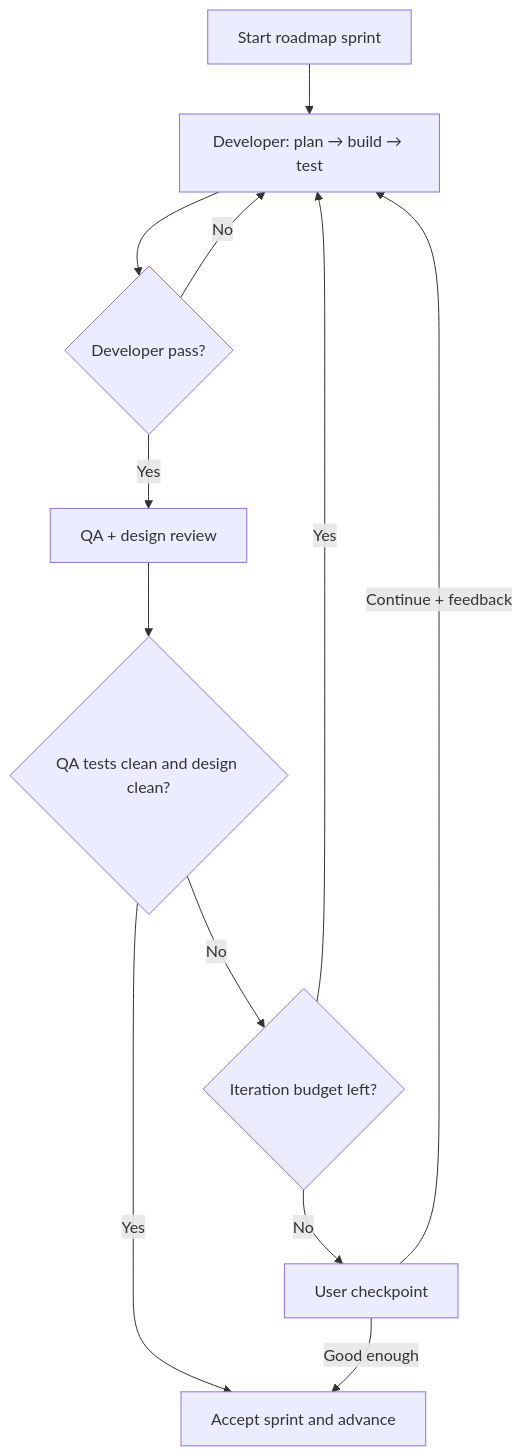
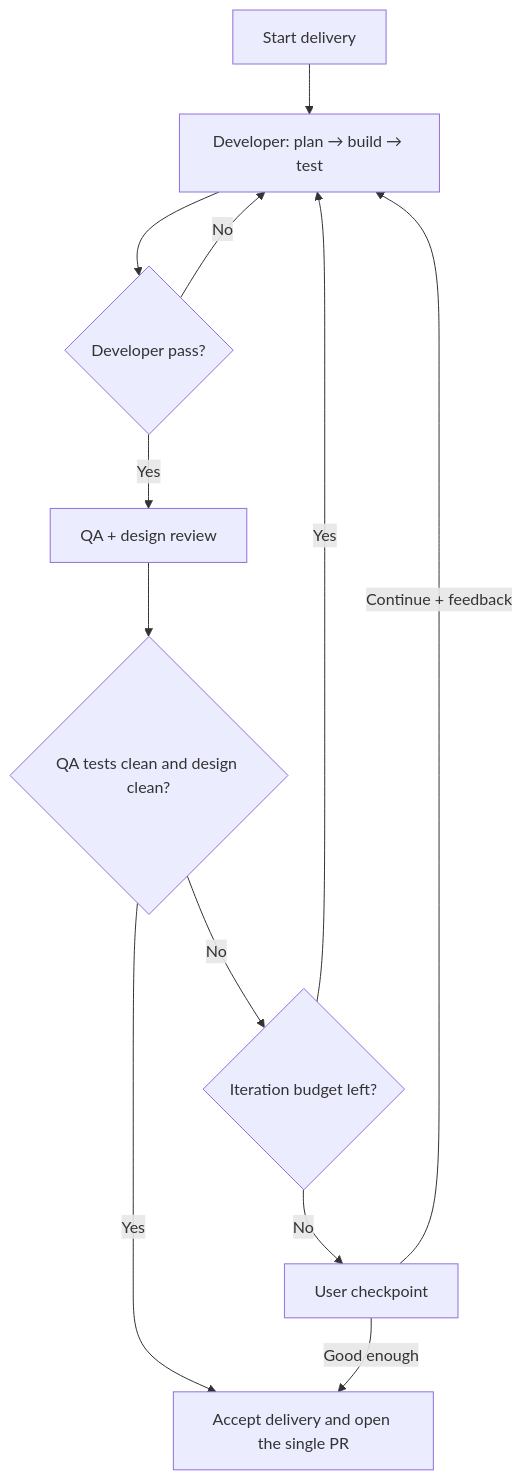
The diagram in docs/workflow/orchestration.md (Hadarona/FinancialPlanning), drawn with Mermaid before and after one commit. The commit also changed other lines of this file and 16 other files, not shown here.

Commit message:
Collapse sprint workflow into a single delivery cycle with one PR

````diff
--- a/docs/workflow/orchestration.md
+++ b/docs/workflow/orchestration.md
@@ -5,14 +5,14 @@
 ```mermaid
 flowchart TD
-    A["Start roadmap sprint"] --> B["Developer: plan → build → test"]
+    A["Start delivery"] --> B["Developer: plan → build → test"]
     B --> C{"Developer pass?"}
     C -- No --> B
     C -- Yes --> D["QA + design review"]
     D --> E{"QA tests clean and design clean?"}
-    E -- Yes --> F["Accept sprint and advance"]
+    E -- Yes --> F["Accept delivery and open the single PR"]
     E -- No --> G{"Iteration budget left?"}
     G -- Yes --> B
     G -- No --> H["User checkpoint"]
     H -- "Good enough" --> F
     H -- "Continue + feedback" --> B
 ```
````
